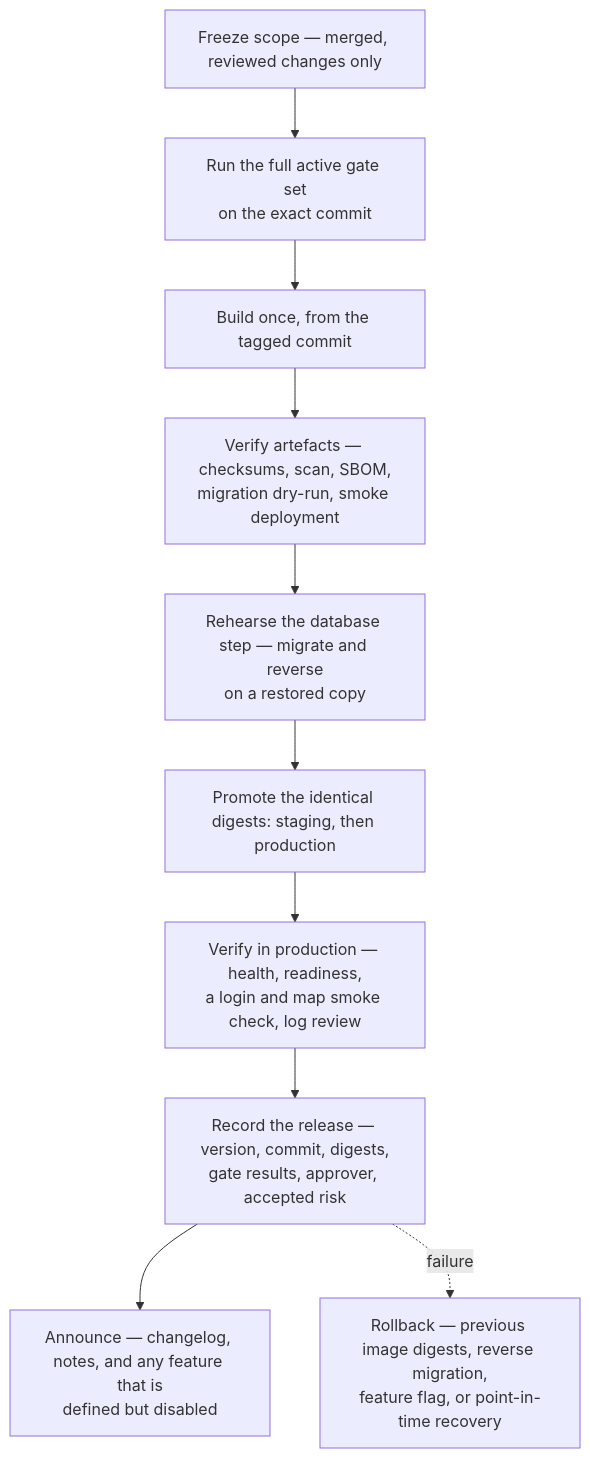
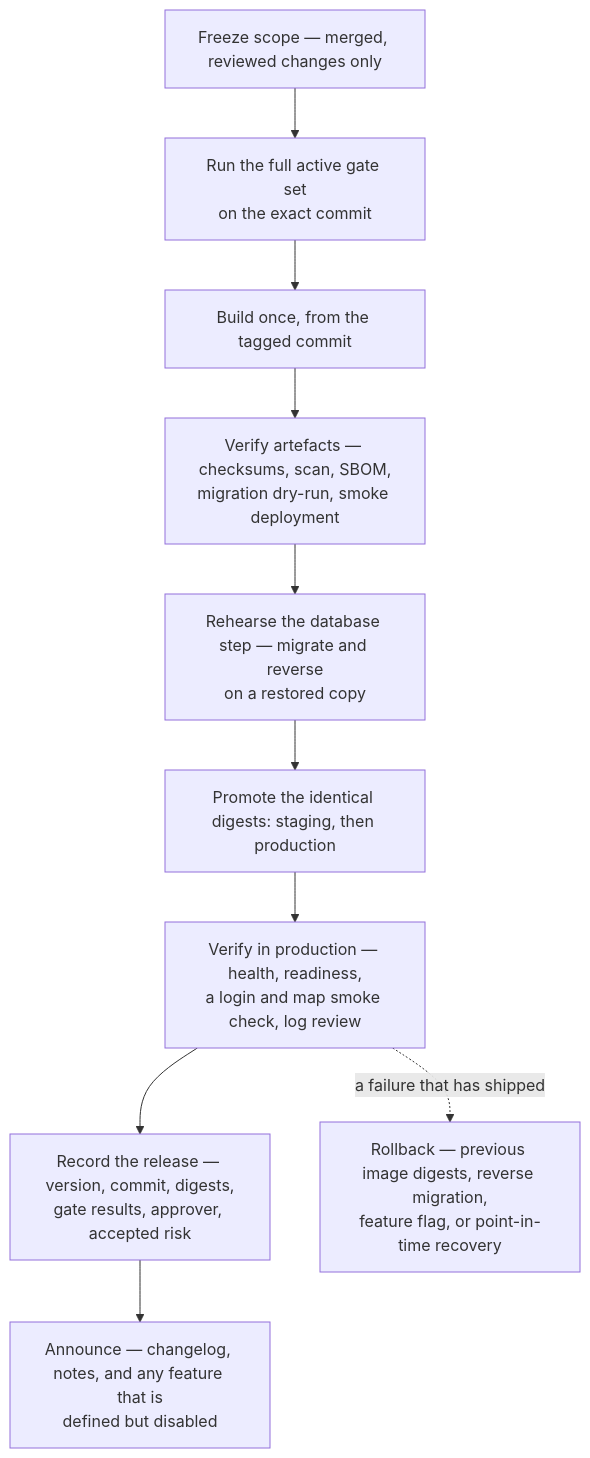
Before and after one commit to komeilm76/boro_biya: diagram 16 of 16 in docs/DIAGRAMS.md, drawn with Mermaid. The commit also changed other lines of this file and 8 other files, not shown here.

````diff
--- a/docs/DIAGRAMS.md
+++ b/docs/DIAGRAMS.md
@@ -390,12 +399,12 @@
 ```mermaid
 flowchart TB
   freeze["Freeze scope — merged, reviewed changes only"] --> run["Run the full active gate set<br/>on the exact commit"]
   run --> build["Build once, from the tagged commit"]
   build --> verify["Verify artefacts — checksums, scan, SBOM,<br/>migration dry-run, smoke deployment"]
   verify --> rehearse["Rehearse the database step — migrate and reverse<br/>on a restored copy"]
   rehearse --> promote["Promote the identical digests: staging, then production"]
   promote --> prod["Verify in production — health, readiness,<br/>a login and map smoke check, log review"]
   prod --> record["Record the release — version, commit, digests,<br/>gate results, approver, accepted risk"]
   record --> announce["Announce — changelog, notes, and any feature that is<br/>defined but disabled"]
-  record -.->|"failure"| rollback["Rollback — previous image digests, reverse migration,<br/>feature flag, or point-in-time recovery"]
+  prod -.->|"a failure that has shipped"| rollback["Rollback — previous image digests, reverse migration,<br/>feature flag, or point-in-time recovery"]
 ```
````
